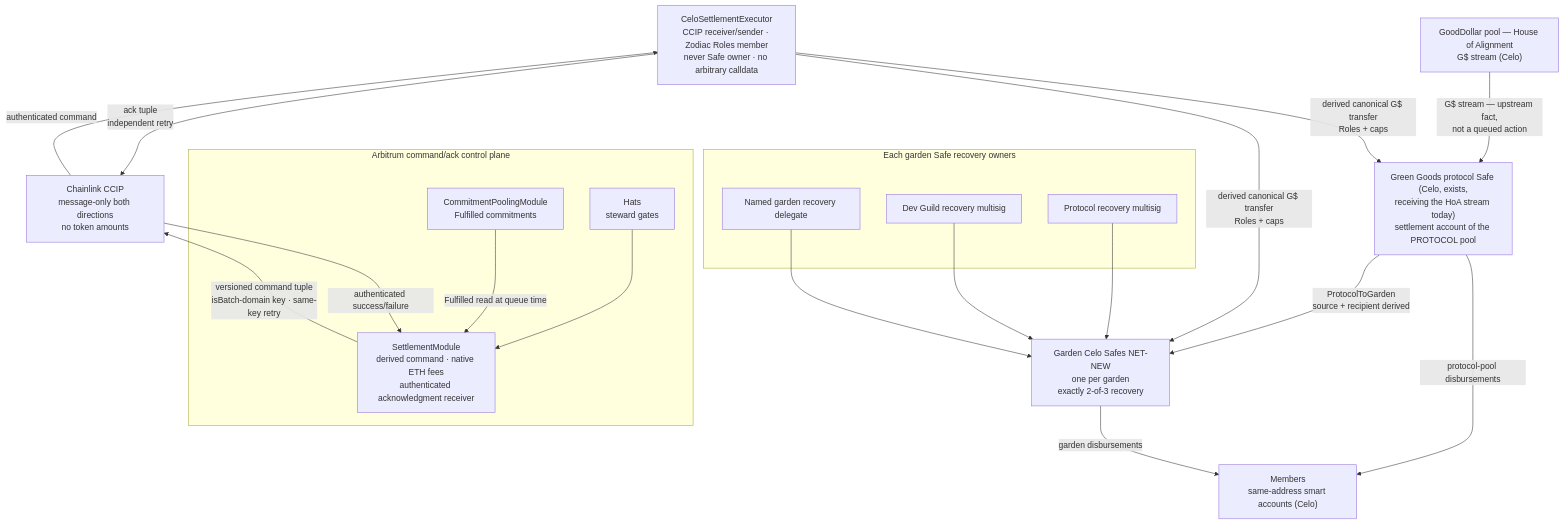
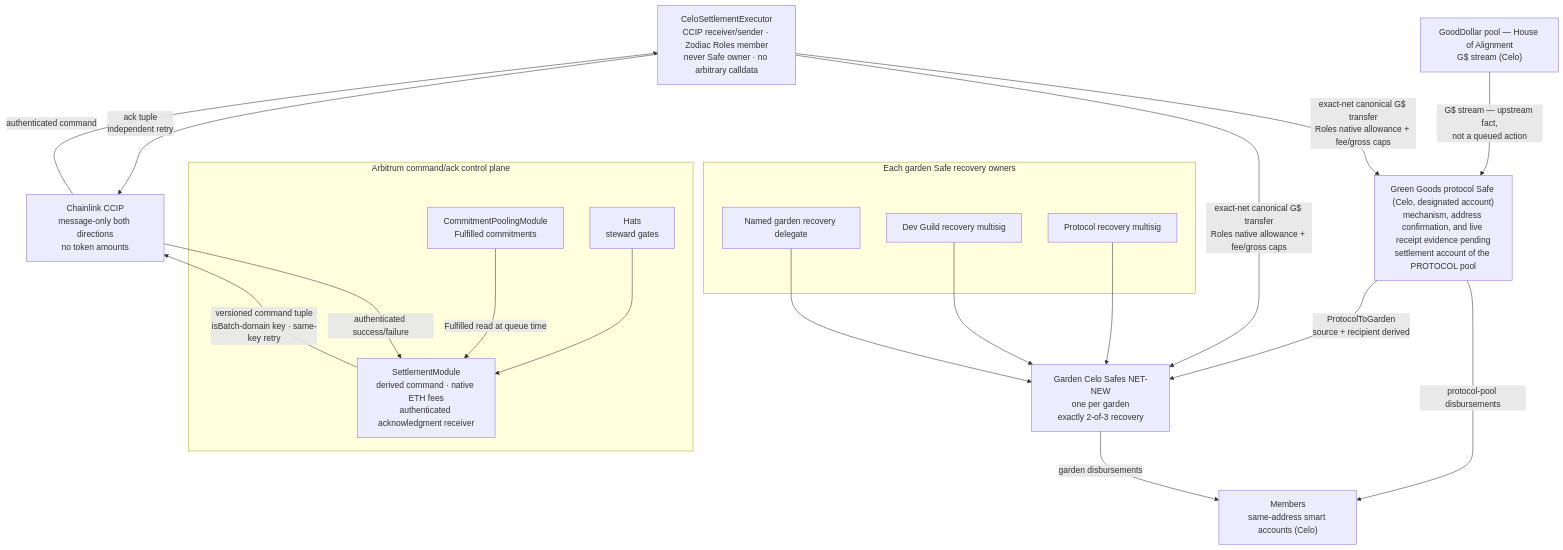
One commit to greenpill-dev-guild/green-goods changed diagram 14 of 20 in .plans/active/commitment-pooling/diagrams.md. Above: the diagram before and after it, drawn with Mermaid. The commit also changed other lines of this file and 17 other files, not shown here.

````diff
--- a/.plans/active/commitment-pooling/diagrams.md
+++ b/.plans/active/commitment-pooling/diagrams.md
@@ -739,38 +810,38 @@
 ```mermaid
 flowchart TD
   HOA["GoodDollar pool — House of Alignment<br/>G$ stream (Celo)"]
-  GG["Green Goods protocol Safe (Celo, exists,<br/>receiving the HoA stream today)<br/>settlement account of the PROTOCOL pool"]
+  GG["Green Goods protocol Safe (Celo, designated account)<br/>mechanism, address confirmation, and live receipt evidence pending<br/>settlement account of the PROTOCOL pool"]
   GS["Garden Celo Safes NET-NEW<br/>one per garden<br/>exactly 2-of-3 recovery"]
   MEM["Members<br/>same-address smart accounts (Celo)"]
 
   subgraph OWN["Each garden Safe recovery owners"]
     PM["Protocol recovery multisig"]
     DM["Dev Guild recovery multisig"]
     GR["Named garden recovery delegate"]
   end
   EXEC["CeloSettlementExecutor<br/>CCIP receiver/sender · Zodiac Roles member<br/>never Safe owner · no arbitrary calldata"]
 
   subgraph ARB["Arbitrum command/ack control plane"]
     HATS["Hats<br/>steward gates"]
     CPM2["CommitmentPoolingModule<br/>Fulfilled commitments"]
     SM["SettlementModule<br/>derived command · native ETH fees<br/>authenticated acknowledgment receiver"]
   end
   CCIP["Chainlink CCIP<br/>message-only both directions<br/>no token amounts"]
 
   HOA -->|"G$ stream — upstream fact,<br/>not a queued action"| GG
   GG -->|"ProtocolToGarden<br/>source + recipient derived"| GS
   GG -->|"protocol-pool disbursements"| MEM
   GS -->|"garden disbursements"| MEM
 
   HATS --> SM
   CPM2 -->|"Fulfilled read at queue time"| SM
   SM -->|"versioned command tuple<br/>isBatch-domain key · same-key retry"| CCIP
   CCIP -->|"authenticated command"| EXEC
-  EXEC -->|"derived canonical G$ transfer<br/>Roles + caps"| GG
-  EXEC -->|"derived canonical G$ transfer<br/>Roles + caps"| GS
+  EXEC -->|"exact-net canonical G$ transfer<br/>Roles native allowance + fee/gross caps"| GG
+  EXEC -->|"exact-net canonical G$ transfer<br/>Roles native allowance + fee/gross caps"| GS
   EXEC -->|"ack tuple<br/>independent retry"| CCIP
   CCIP -->|"authenticated success/failure"| SM
   PM --> GS
   DM --> GS
   GR --> GS
 ```
````
